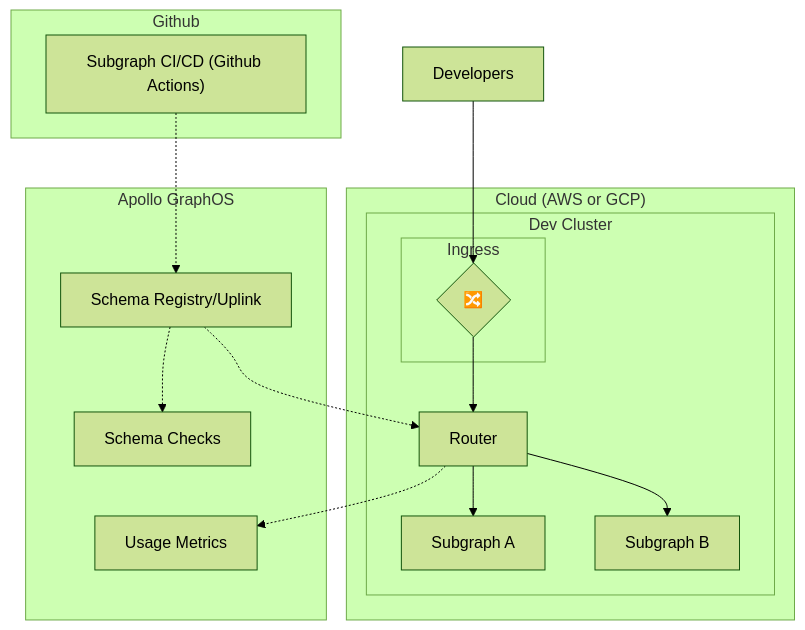
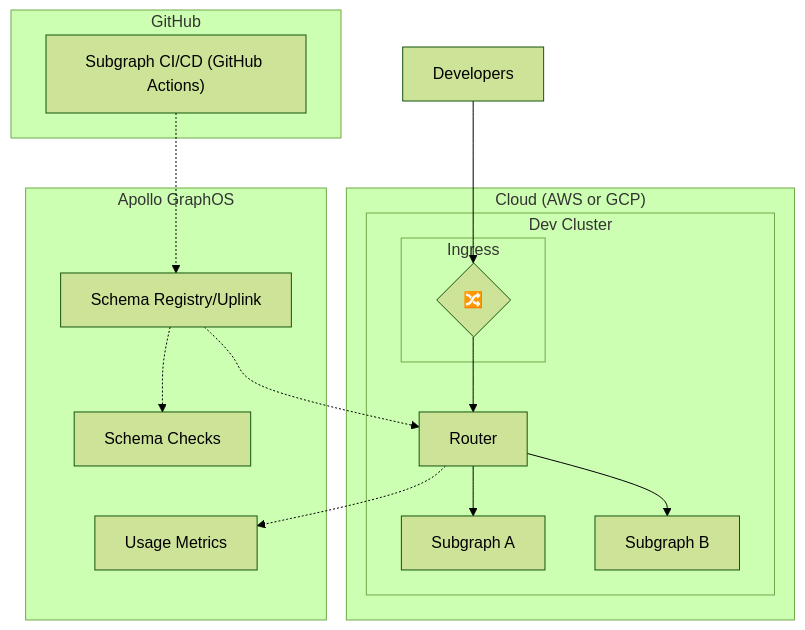
One commit to apollographql/docs changed the second of 13 diagrams in src/content/graphos/enterprise/reference-architecture.mdx. Above: the diagram before and after it, drawn with Mermaid (forest theme). The commit also changed other lines of this file, not shown here.

````diff
--- a/src/content/graphos/enterprise/reference-architecture.mdx
+++ b/src/content/graphos/enterprise/reference-architecture.mdx
@@ -44,36 +71,36 @@
 ```mermaid
 flowchart TB
 	developers[Developers]
 	subgraph cloud["Cloud (AWS or GCP)"]
 		subgraph devcluster["Dev Cluster"]
 			subgraph ingresscontainer["Ingress"]
 				ingress{"🔀"}
 			end
 
 			router["Router"]
 			subgrapha["Subgraph A"]
 			subgraphb["Subgraph B"]
 		end
 	end
 
   subgraph graphos["Apollo GraphOS"]
     uplink["Schema Registry/Uplink"]
     checks["Schema Checks"]
     metrics["Usage Metrics"]
   end
 
-  subgraph github["Github"]
-      githubactions["Subgraph CI/CD (Github Actions)"]
+  subgraph github["GitHub"]
+      githubactions["Subgraph CI/CD (GitHub Actions)"]
   end
-	
+
 	%% Relationships
 	developers --> ingress
 	ingress --> router
 	router --> subgrapha
 	router --> subgraphb
 	uplink -.-> router
   router -.-> metrics
   githubactions -.-> uplink
   uplink -.-> checks
-	
+
 ```
````
